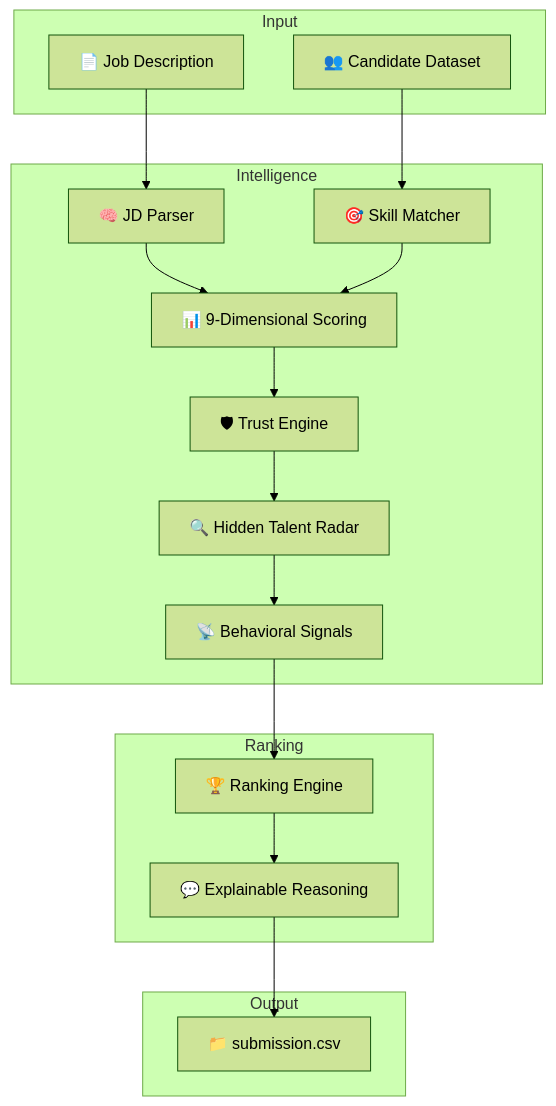
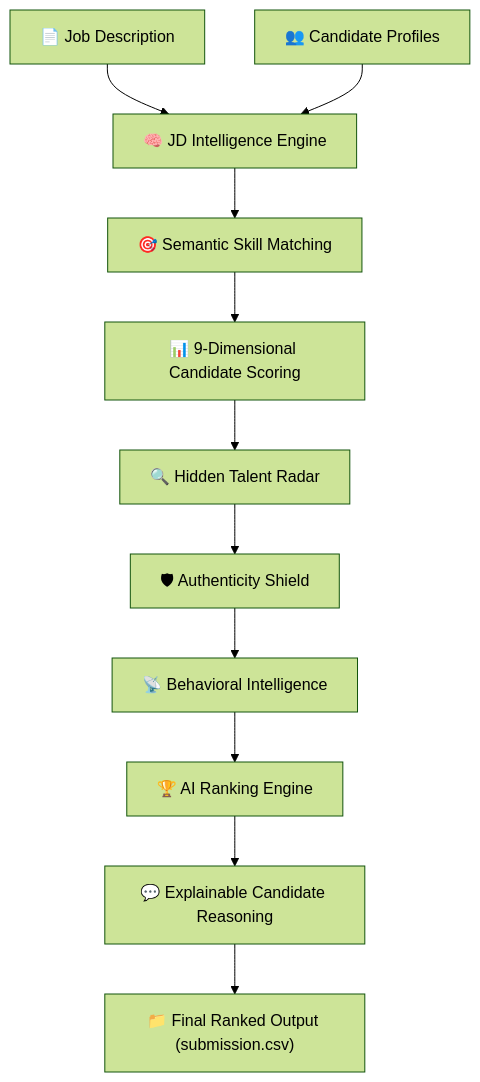
The diagram in README.md (Keya3639/WiseCruit), drawn with Mermaid (forest theme) before and after one commit. The commit also changed other lines of this file, not shown here.

````diff
--- a/README.md
+++ b/README.md
@@ -41,37 +51,27 @@
 ```mermaid
-flowchart TB
+flowchart TD
 
-subgraph Input
-A[📄 Job Description]
-B[👥 Candidate Dataset]
-end
-
-subgraph Intelligence
-C[🧠 JD Parser]
-D[🎯 Skill Matcher]
-E[📊 9-Dimensional Scoring]
-F[🛡 Trust Engine]
-G[🔍 Hidden Talent Radar]
-H[📡 Behavioral Signals]
-end
-
-subgraph Ranking
-I[🏆 Ranking Engine]
-J[💬 Explainable Reasoning]
-end
-
-subgraph Output
-K[📁 submission.csv]
-end
+A["📄 Job Description"]
+B["👥 Candidate Profiles"]
 
 A --> C
-B --> D
-C --> E
-D --> E
-E --> F
-F --> G
-G --> H
-H --> I
-I --> J
-J --> K
+B --> C
+
+C["🧠 JD Intelligence Engine"]
+
+C --> D["🎯 Semantic Skill Matching"]
+
+D --> E["📊 9-Dimensional Candidate Scoring"]
+
+E --> F["🔍 Hidden Talent Radar"]
+
+F --> G["🛡 Authenticity Shield"]
+
+G --> H["📡 Behavioral Intelligence"]
+
+H --> I["🏆 AI Ranking Engine"]
+
+I --> J["💬 Explainable Candidate Reasoning"]
+
+J --> K["📁 Final Ranked Output (submission.csv)"]
 ```
````
